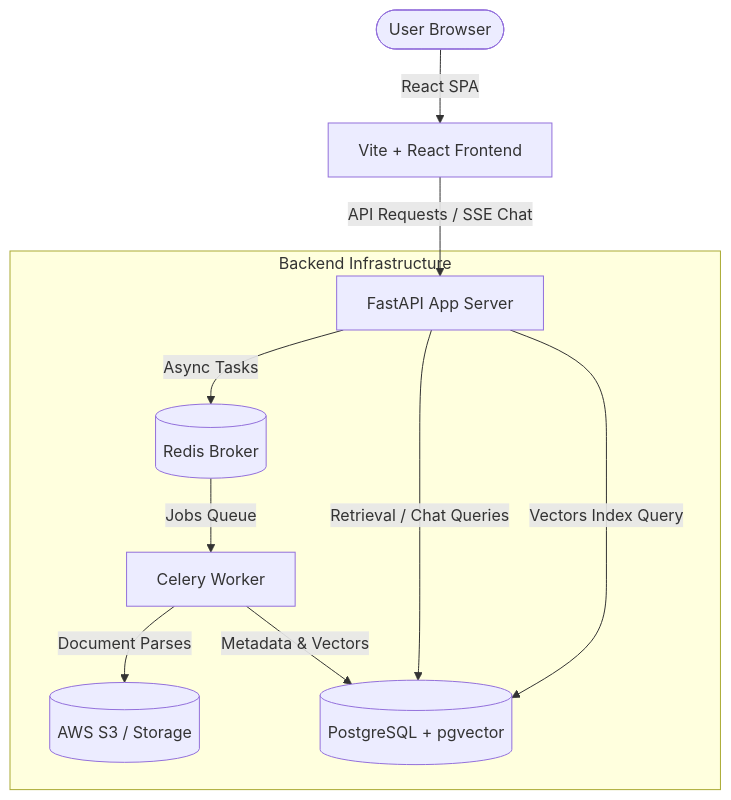
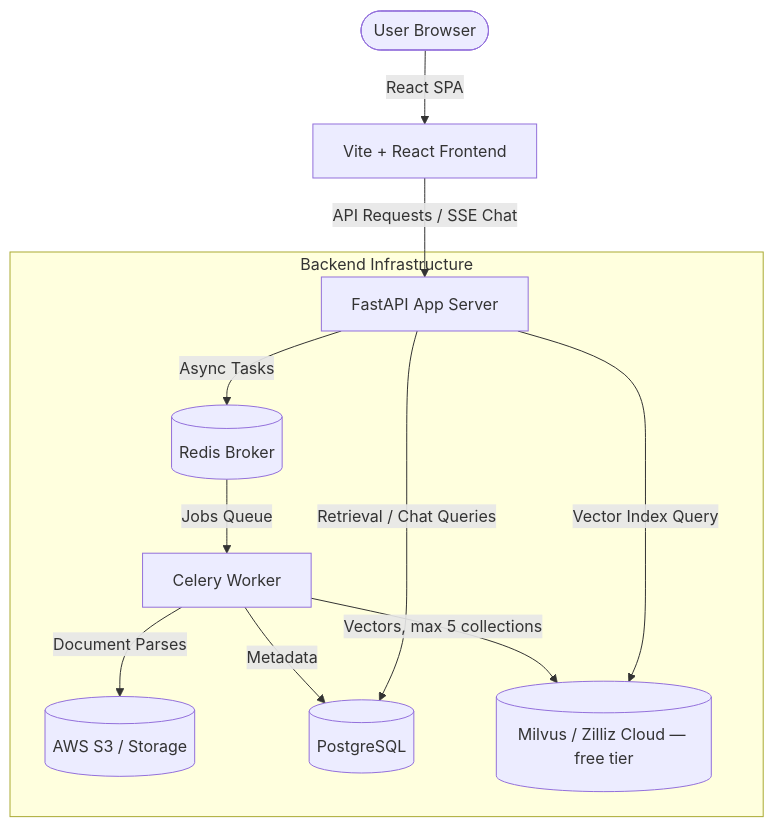
One commit to JudeSamJ/VectraFlow changed the diagram in README.md. Above: the diagram before and after it, drawn with Mermaid. The commit also changed other lines of this file and 8 other files, not shown here.

````diff
--- a/README.md
+++ b/README.md
@@ -11,15 +20,16 @@
 ```mermaid
 graph TD
     User([User Browser]) -->|React SPA| FE[Vite + React Frontend]
     FE -->|API Requests / SSE Chat| BE[FastAPI App Server]
     
     subgraph Backend Infrastructure
         BE -->|Async Tasks| Redis[(Redis Broker)]
         Redis -->|Jobs Queue| CW[Celery Worker]
         CW -->|Document Parses| S3[(AWS S3 / Storage)]
-        CW -->|Metadata & Vectors| DB[(PostgreSQL + pgvector)]
+        CW -->|Metadata| DB[(PostgreSQL)]
+        CW -->|Vectors, max 5 collections| MV[(Milvus / Zilliz Cloud — free tier)]
         
         BE -->|Retrieval / Chat Queries| DB
-        BE -->|Vectors Index Query| DB
+        BE -->|Vector Index Query| MV
     end
 ```
````
